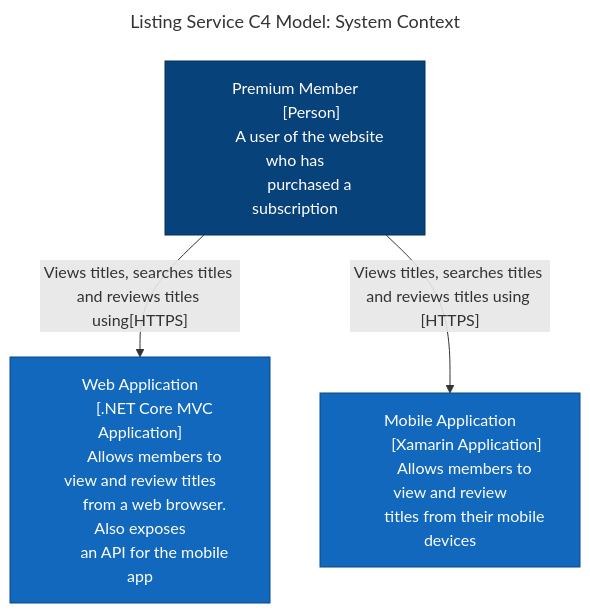
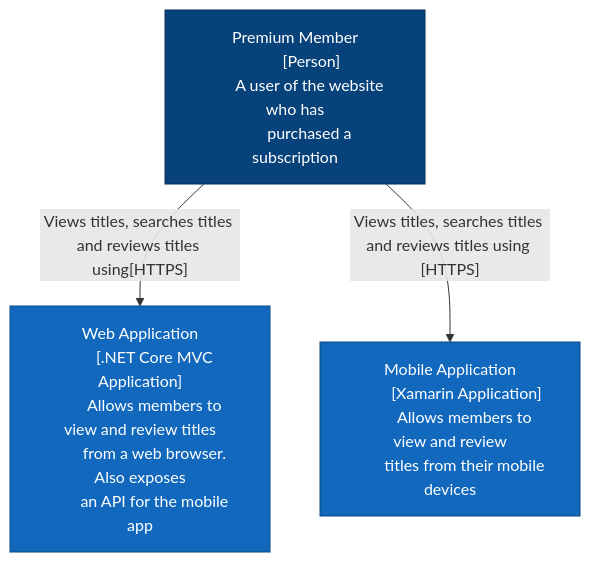
Before and after one commit to Dhanyalakshmi6362/Obsidian-related-docs: the diagram in Create C4 Model.md, drawn with Mermaid.

Commit message:
obsidian4

````diff
--- a/Create C4 Model.md
+++ b/Create C4 Model.md
@@ -138,32 +138,29 @@
 ```mermaid
-	---
-	title: "Listing Service C4 Model: System Context"
-	---
 	flowchart TD
 		User["Premium Member
 		[Person]
 		A user of the website who has
 		purchased a subscription"]
 		
 		WA["Web Application
 		[.NET Core MVC Application]
 		Allows members to view and review titles
 		from a web browser. Also exposes
 		an API for the mobile app"]
 		
 		MA["Mobile Application
 		[Xamarin Application]
 		Allows members to view and review
 		titles from their mobile devices"]
 		
 		User-- "Views titles, searches titles and reviews titles using[HTTPS]" -->WA
 		
 		User-- "Views titles, searches titles and reviews titles using [HTTPS]" -->MA
 		
 		classDef container fill:#1168bd,stroke:#0b4884,color:#ffffff
 		classDef person fill:#08427b,stroke:#052e56,color:#ffffff
 		
 		class User person
 		class WA,MA container
 	
 ```
````
